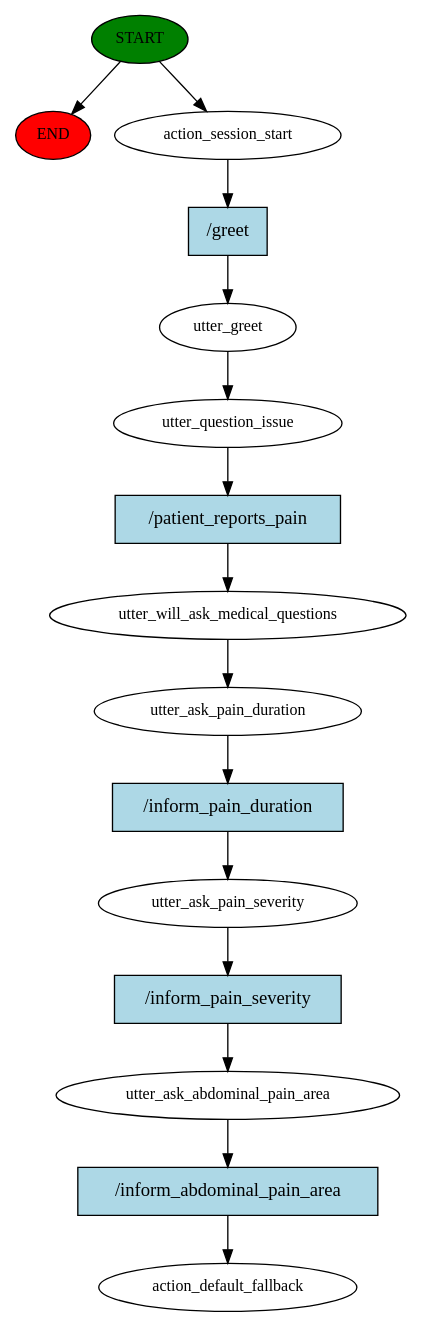
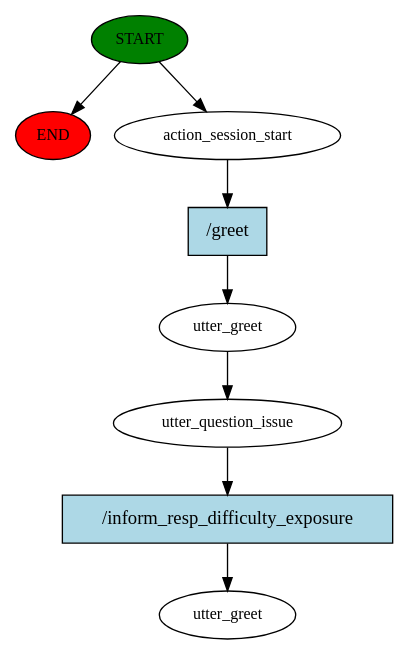
The diagram in story_graph.dot (halixness/HMD-Dispatcher), drawn with Graphviz before and after one commit. The commit also changed 5 other files, not shown here.

```diff
--- a/story_graph.dot
+++ b/story_graph.dot
@@ -1,31 +1,17 @@
 digraph  {
 0 [class="start active", fillcolor=green, fontsize=12, label=START, style=filled];
 "-1" [class=end, fillcolor=red, fontsize=12, label=END, style=filled];
 1 [class=active, fontsize=12, label=action_session_start];
 2 [class=active, fontsize=12, label=utter_greet];
 3 [class=active, fontsize=12, label=utter_question_issue];
-4 [class=active, fontsize=12, label=utter_will_ask_medical_questions];
-5 [class=active, fontsize=12, label=utter_ask_pain_duration];
-6 [class=active, fontsize=12, label=utter_ask_pain_severity];
-7 [class=active, fontsize=12, label=utter_ask_abdominal_pain_area];
-8 [class="dashed active", fontsize=12, label=action_default_fallback];
-9 [class="intent active", fillcolor=lightblue, label="/greet", shape=rect, style=filled];
-10 [class="intent active", fillcolor=lightblue, label="/patient_reports_pain", shape=rect, style=filled];
-11 [class="intent active", fillcolor=lightblue, label="/inform_pain_duration", shape=rect, style=filled];
-12 [class="intent active", fillcolor=lightblue, label="/inform_pain_severity", shape=rect, style=filled];
-13 [class="intent active", fillcolor=lightblue, label="/inform_abdominal_pain_area", shape=rect, style=filled];
+4 [class="dashed active", fontsize=12, label=utter_greet];
+5 [class="intent active", fillcolor=lightblue, label="/greet", shape=rect, style=filled];
+6 [class="intent active", fillcolor=lightblue, label="/inform_resp_difficulty_exposure", shape=rect, style=filled];
 0 -> "-1"  [class="", key=NONE, label=""];
 0 -> 1  [class=active, key=NONE, label=""];
-1 -> 9  [class=active, key=0];
+1 -> 5  [class=active, key=0];
 2 -> 3  [class=active, key=NONE, label=""];
-3 -> 10  [class=active, key=0];
-4 -> 5  [class=active, key=NONE, label=""];
-5 -> 11  [class=active, key=0];
-6 -> 12  [class=active, key=0];
-7 -> 13  [class=active, key=0];
-9 -> 2  [class=active, key=0];
-10 -> 4  [class=active, key=0];
-11 -> 6  [class=active, key=0];
-12 -> 7  [class=active, key=0];
-13 -> 8  [class=active, key=0];
+3 -> 6  [class=active, key=0];
+5 -> 2  [class=active, key=0];
+6 -> 4  [class=active, key=0];
 }
```
